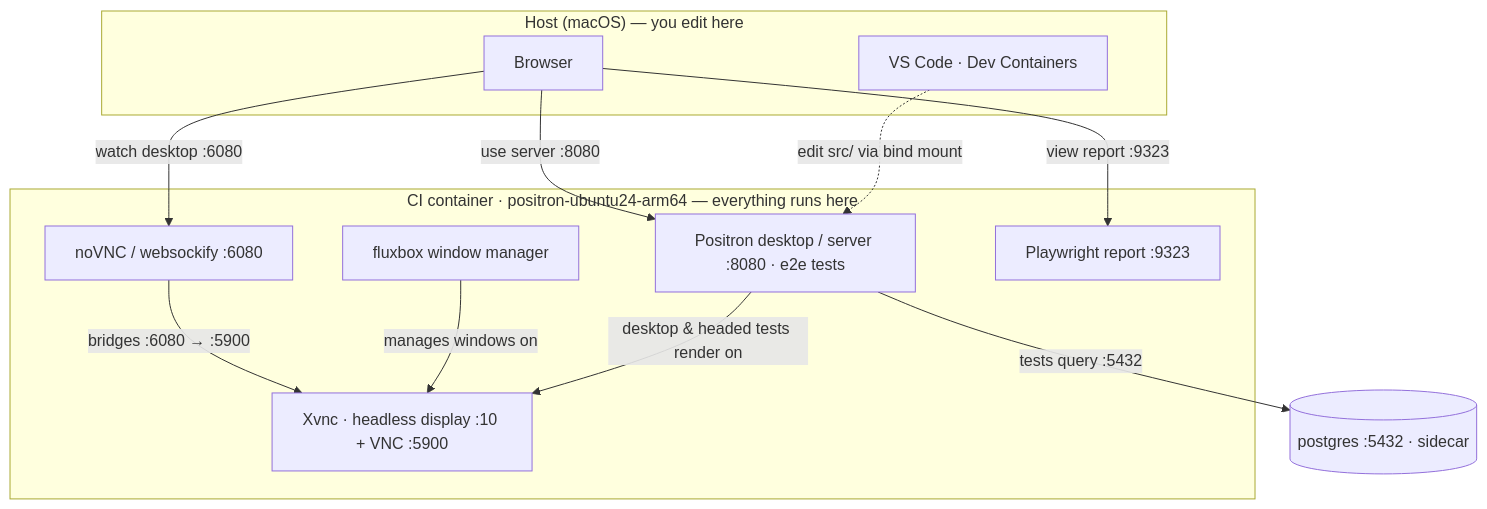
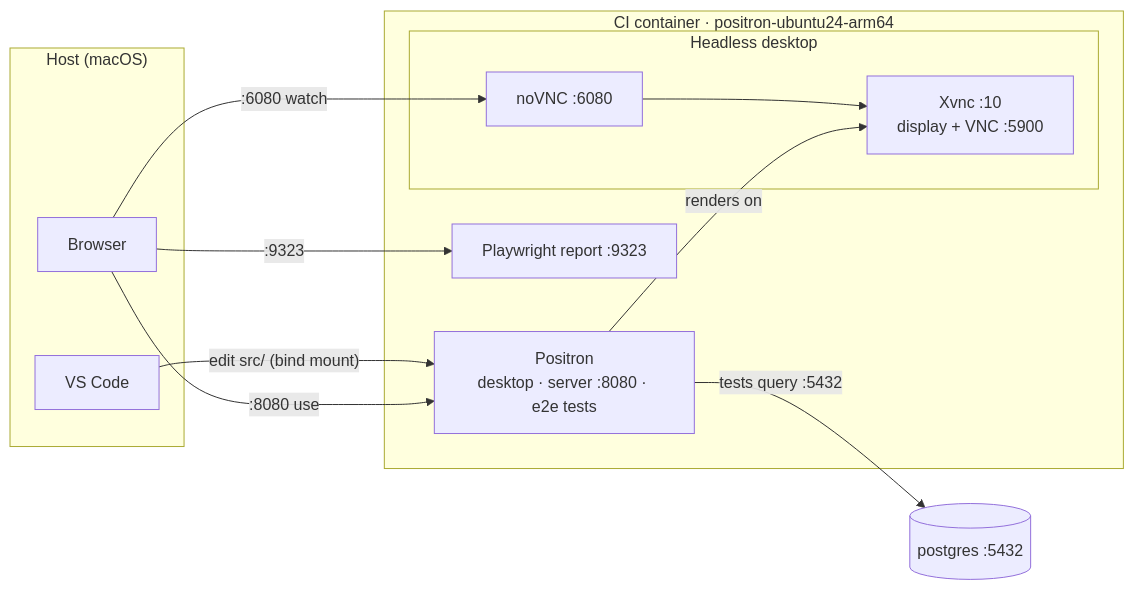
One commit to posit-dev/positron changed the diagram in .devcontainer/ci-arm/README.md. Above: the diagram before and after it, drawn with Mermaid. The commit also changed other lines of this file, not shown here.

Commit message:
ci-arm: cleaner architecture diagram
Left-to-right layout (matches reading order), the headless display stack
(noVNC → Xvnc) grouped in a nested subgraph so the view pipeline reads as
one unit, and fluxbox dropped from the graph (moved to a prose one-liner).
Fewer crossing edges, the Browser → noVNC → Xvnc ← Positron flow is now
the visual center.

````diff
--- a/.devcontainer/ci-arm/README.md
+++ b/.devcontainer/ci-arm/README.md
@@ -147,26 +147,22 @@
 ```mermaid
-flowchart TB
-    subgraph host["Host (macOS) — you edit here"]
-        code["VS Code · Dev Containers"]
+flowchart LR
+    subgraph host["Host (macOS)"]
+        code["VS Code"]
         web["Browser"]
     end
-
-    subgraph ctr["CI container · positron-ubuntu24-arm64 — everything runs here"]
-        pos["Positron desktop / server :8080 · e2e tests"]
-        xvnc["Xvnc · headless display :10 + VNC :5900"]
-        flux["fluxbox window manager"]
-        nov["noVNC / websockify :6080"]
+    subgraph ctr["CI container · positron-ubuntu24-arm64"]
+        pos["Positron<br/>desktop · server :8080 · e2e tests"]
+        subgraph disp["Headless desktop"]
+            nov["noVNC :6080"] --> xvnc["Xvnc :10<br/>display + VNC :5900"]
+        end
         rep["Playwright report :9323"]
     end
+    pg[("postgres :5432")]
 
-    pg[("postgres :5432 · sidecar")]
-
-    code -. "edit src/ via bind mount" .-> pos
-    pos -- "desktop & headed tests render on" --> xvnc
-    flux -- "manages windows on" --> xvnc
-    nov -- "bridges :6080 → :5900" --> xvnc
-    web -- "watch desktop :6080" --> nov
-    web -- "use server :8080" --> pos
-    web -- "view report :9323" --> rep
-    pos -- "tests query :5432" --> pg
+    code -->|"edit src/ (bind mount)"| pos
+    pos -->|"renders on"| xvnc
+    web -->|":6080 watch"| nov
+    web -->|":8080 use"| pos
+    web -->|":9323"| rep
+    pos -->|"tests query :5432"| pg
 ```
````
